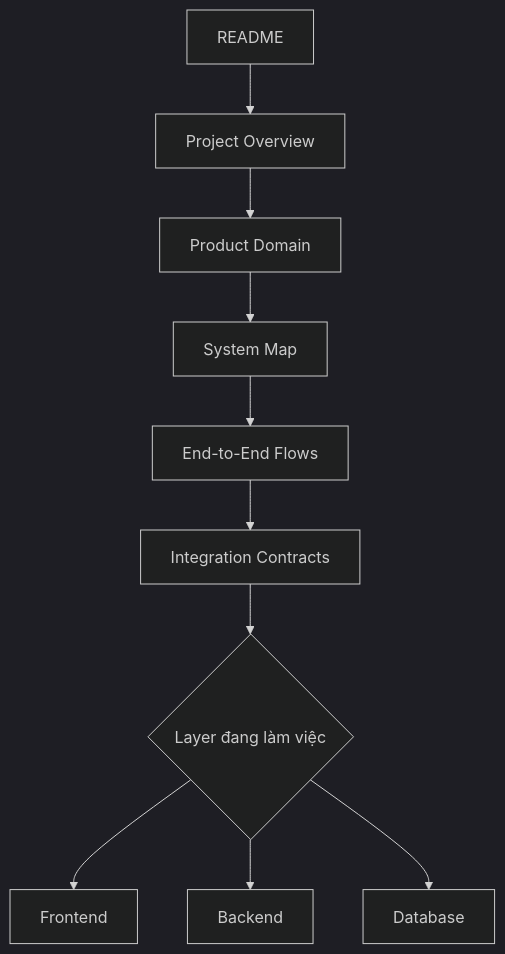
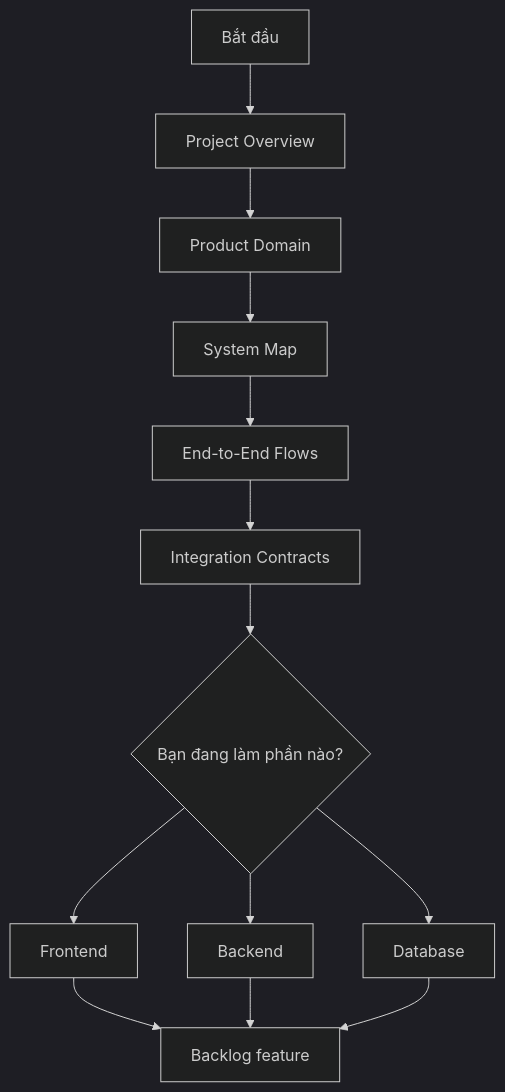
Before and after one commit to Danh20100/moibile_app: the first of 2 diagrams in docs/contexts/README.md, drawn with Mermaid (dark theme). The commit also changed other lines of this file and 9 other files, not shown here.

````diff
--- a/docs/contexts/README.md
+++ b/docs/contexts/README.md
@@ -18,12 +19,15 @@
 ```mermaid
 flowchart TD
-    A[README] --> B[Project Overview]
-    B --> C[Product Domain]
-    C --> D[System Map]
-    D --> E[End-to-End Flows]
-    E --> F[Integration Contracts]
-    F --> G{Layer đang làm việc}
-    G --> H[Frontend]
-    G --> I[Backend]
-    G --> J[Database]
+    A["Bắt đầu"] --> B["Project Overview"]
+    B --> C["Product Domain"]
+    C --> D["System Map"]
+    D --> E["End-to-End Flows"]
+    E --> F["Integration Contracts"]
+    F --> G{"Bạn đang làm phần nào?"}
+    G --> H["Frontend"]
+    G --> I["Backend"]
+    G --> J["Database"]
+    H --> K["Backlog feature"]
+    I --> K
+    J --> K
 ```
````
